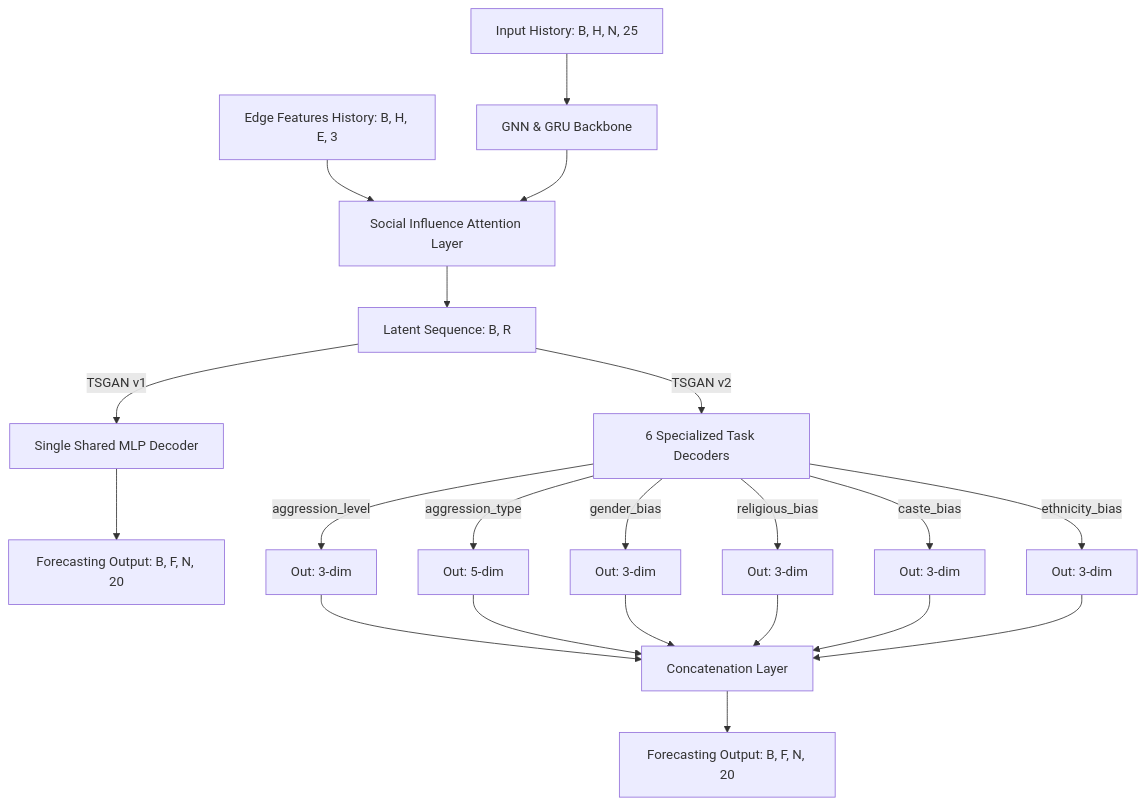
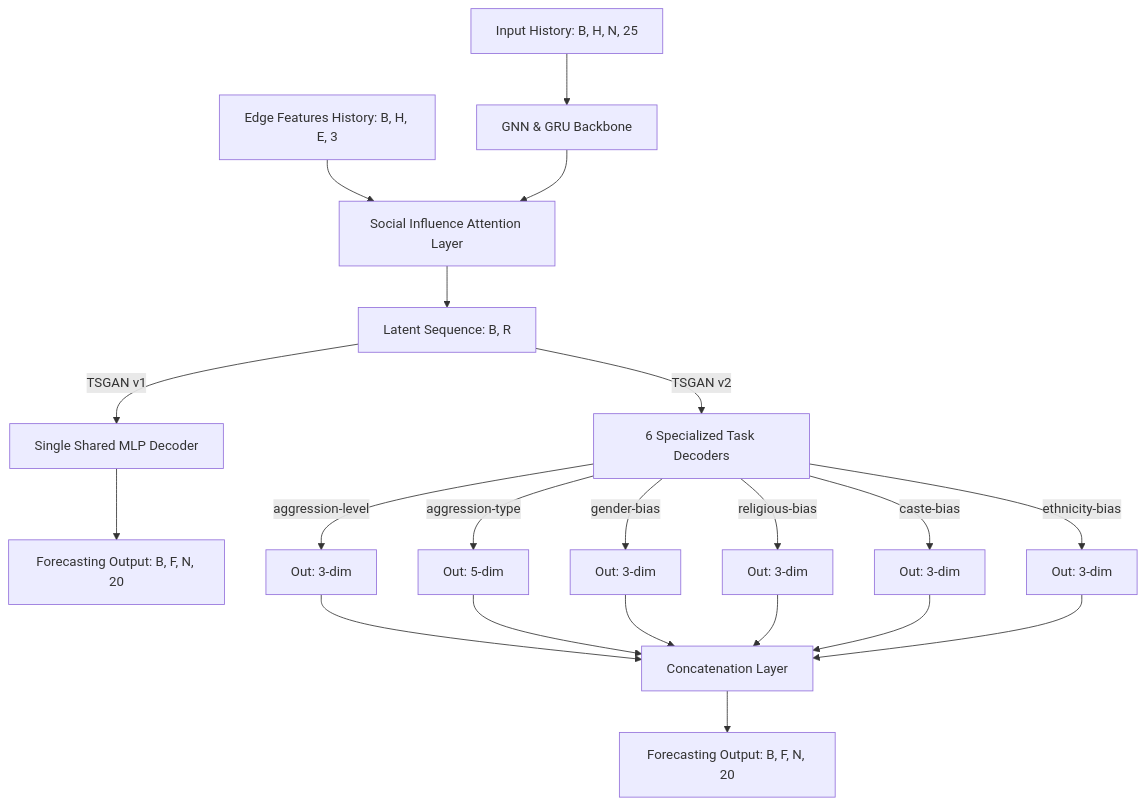
One commit to Sher110106/project-docs changed the diagram in tsgan_final_replication_report.md. Above: the diagram before and after it, drawn with Mermaid. The commit also changed other lines of this file, not shown here.

````diff
--- a/tsgan_final_replication_report.md
+++ b/tsgan_final_replication_report.md
@@ -91,24 +92,24 @@
 ```mermaid
 graph TD
     %% Base Path
     X[Input History: B, H, N, 25] --> GNN[GNN & GRU Backbone]
     E_hist[Edge Features History: B, H, E, 3] --> SIA[Social Influence Attention Layer]
     GNN --> SIA
     SIA --> SIA_Out[Latent Sequence: B, R]
     
     %% TSGAN v1 Split
     SIA_Out -->|TSGAN v1| Dec_v1[Single Shared MLP Decoder]
     Dec_v1 --> Pred_v1[Forecasting Output: B, F, N, 20]
     
     %% TSGAN v2 Split
     SIA_Out -->|TSGAN v2| Decs_v2[6 Specialized Task Decoders]
-    Decs_v2 -->|aggression_level| D1[Out: 3-dim]
-    Decs_v2 -->|aggression_type| D2[Out: 5-dim]
-    Decs_v2 -->|gender_bias| D3[Out: 3-dim]
-    Decs_v2 -->|religious_bias| D4[Out: 3-dim]
-    Decs_v2 -->|caste_bias| D5[Out: 3-dim]
-    Decs_v2 -->|ethnicity_bias| D6[Out: 3-dim]
+    Decs_v2 -->|aggression-level| D1[Out: 3-dim]
+    Decs_v2 -->|aggression-type| D2[Out: 5-dim]
+    Decs_v2 -->|gender-bias| D3[Out: 3-dim]
+    Decs_v2 -->|religious-bias| D4[Out: 3-dim]
+    Decs_v2 -->|caste-bias| D5[Out: 3-dim]
+    Decs_v2 -->|ethnicity-bias| D6[Out: 3-dim]
     
     D1 & D2 & D3 & D4 & D5 & D6 --> Concatenate[Concatenation Layer]
     Concatenate --> Pred_v2[Forecasting Output: B, F, N, 20]
 ```
````
